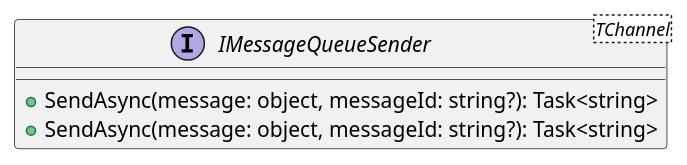
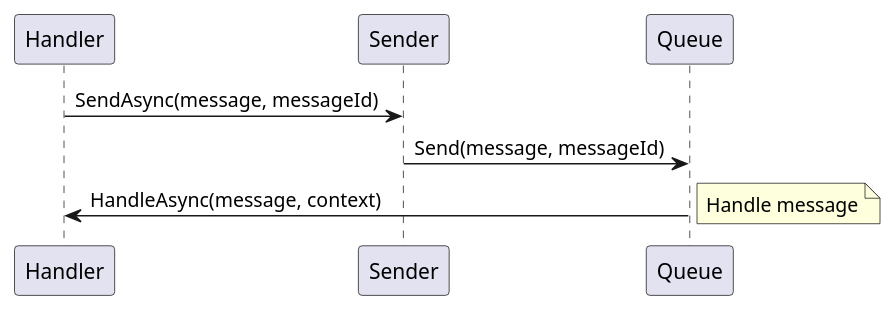
Before and after one commit to mwwhited-forks/dotnet-libs: the third of 3 diagrams in docs/generated/Framework/Eliassen.MessageQueueing.Abstractions/Documentation.md, drawn with PlantUML. The commit also changed other lines of this file and 444 other files, not shown here.

````diff
--- a/docs/generated/Framework/Eliassen.MessageQueueing.Abstractions/Documentation.md
+++ b/docs/generated/Framework/Eliassen.MessageQueueing.Abstractions/Documentation.md
@@ -47,12 +53,12 @@
 ```plantuml
 @startuml
-class IMessageQueueSender {
-  + SendAsync(message: object, messageId: string?): Task<string>
-}
+participant Handler as H
+participant Sender as S
+participant Queue as Q
 
-interface IMessageQueueSender<TChannel> {
-  + SendAsync(message: object, messageId: string?): Task<string>
-}
-
+H->S: SendAsync(message, messageId)
+S->Q: Send(message, messageId)
+Q->H: HandleAsync(message, context)
+note right: Handle message
 @enduml
 ```
````
